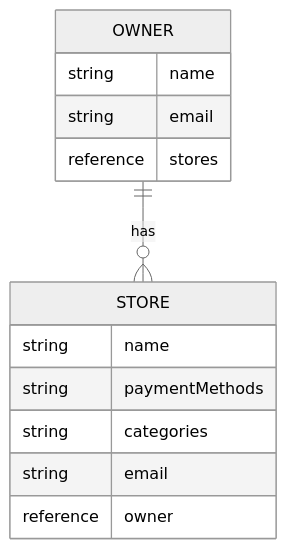
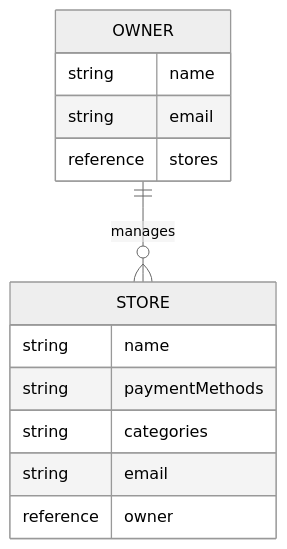
The diagram in content/getting-started/data-access-patterns/index.md (fauna/graphql-workshop), drawn with Mermaid (neutral theme) before and after one commit. The commit also changed other lines of this file and 22 other files, not shown here.

```diff
--- a/content/getting-started/data-access-patterns/index.md
+++ b/content/getting-started/data-access-patterns/index.md
@@ -20,16 +20,16 @@
 {{< mermaid >}}
 erDiagram
-    OWNER ||--O{ STORE : has
+    OWNER ||--O{ STORE : manages
     OWNER {
         string name
         string email
         reference stores
     }
     STORE {
         string name
         string paymentMethods
         string categories
         string email
         reference owner
     }
 {{< /mermaid >}}
```
